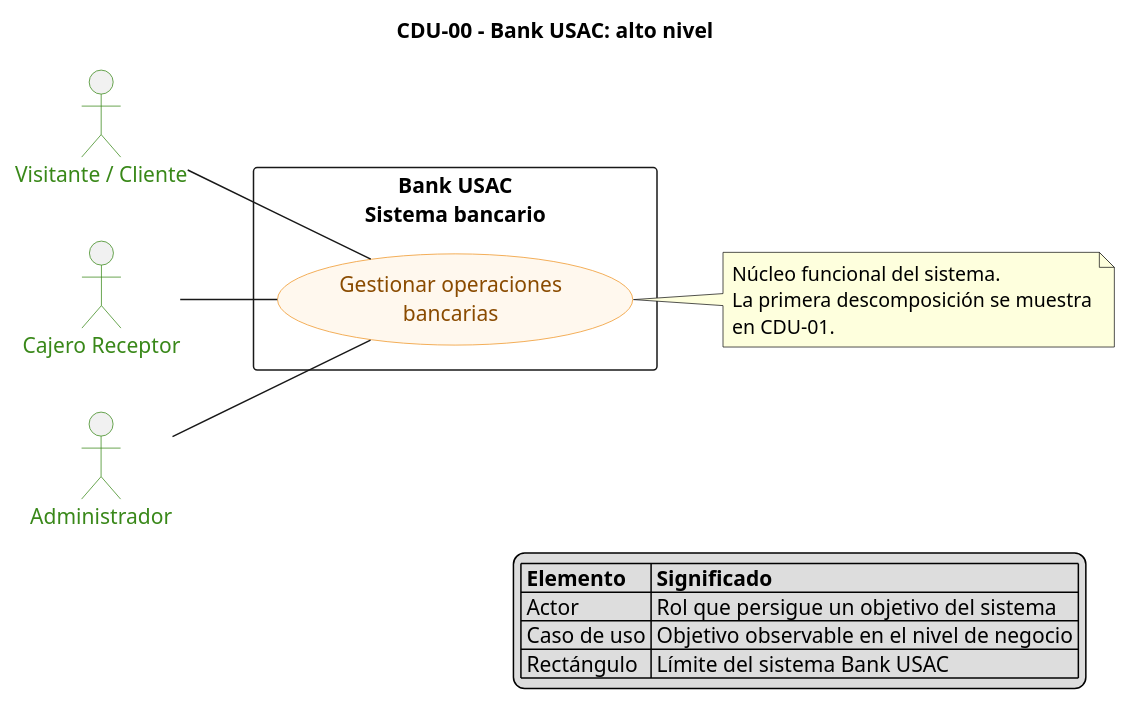
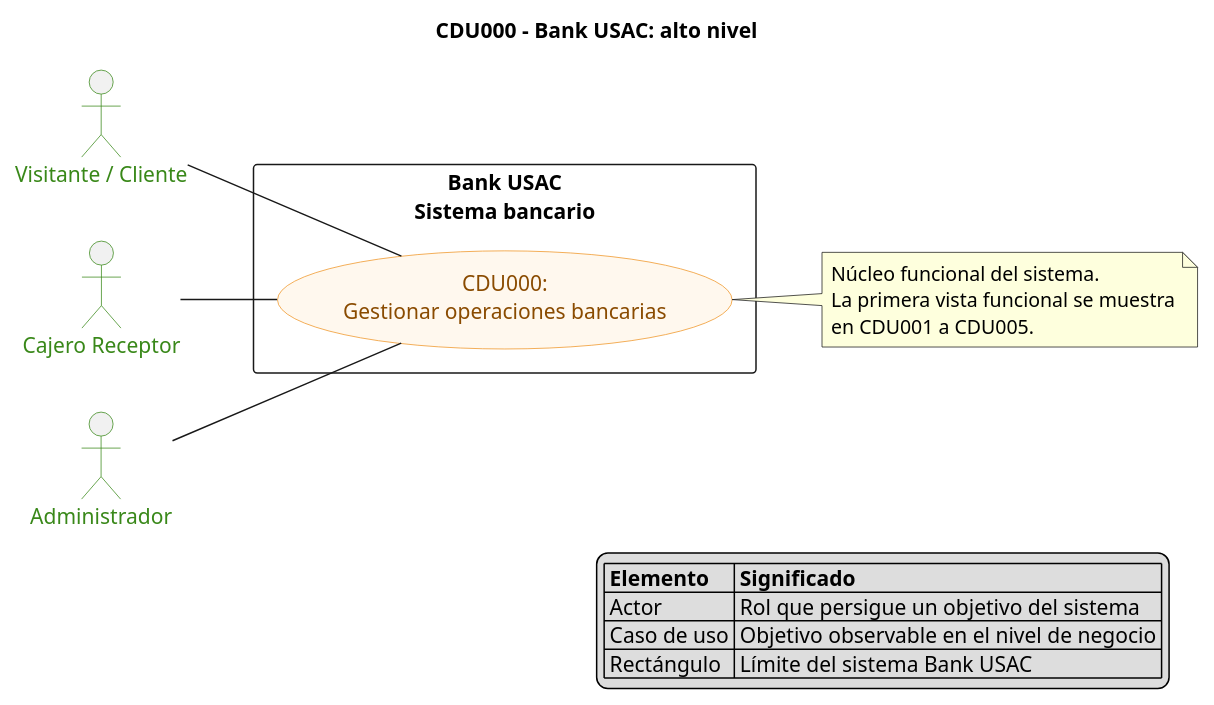
The diagram in docs/architecture/diagrams/cdu/00-alto-nivel.puml (marcosbondel/Proyecto-SA-B-2), drawn with PlantUML before and after one commit. The commit also changed 62 other files, not shown here.

Commit message:
Reorganize CDU diagrams by numbered use cases

```diff
--- a/docs/architecture/diagrams/cdu/00-alto-nivel.puml
+++ b/docs/architecture/diagrams/cdu/00-alto-nivel.puml
@@ -1,42 +1,42 @@
 @startuml 00-alto-nivel
 left to right direction
 
-title CDU-00 - Bank USAC: alto nivel
+title CDU000 - Bank USAC: alto nivel
 
 skinparam shadowing false
 skinparam packageStyle rectangle
 skinparam usecase {
     BackgroundColor #FFF8EE
     BorderColor #EF9425
     FontColor #8A4B00
 }
 skinparam actor {
     BorderColor #398819
     FontColor #398819
 }
 
 actor "Visitante / Cliente" as cliente
 actor "Cajero Receptor" as cajero
 actor "Administrador" as admin
 
 rectangle "Bank USAC\nSistema bancario" as bank {
-    usecase "Gestionar operaciones\nbancarias" as core
+    usecase "CDU000:\nGestionar operaciones bancarias" as core
 }
 
 cliente -- core
 cajero -- core
 admin -- core
 
 note right of core
     Núcleo funcional del sistema.
-    La primera descomposición se muestra
-    en CDU-01.
+    La primera vista funcional se muestra
+    en CDU001 a CDU005.
 end note
 
 legend right
     |= Elemento |= Significado |
     | Actor | Rol que persigue un objetivo del sistema |
     | Caso de uso | Objetivo observable en el nivel de negocio |
     | Rectángulo | Límite del sistema Bank USAC |
 endlegend
 @enduml
```
